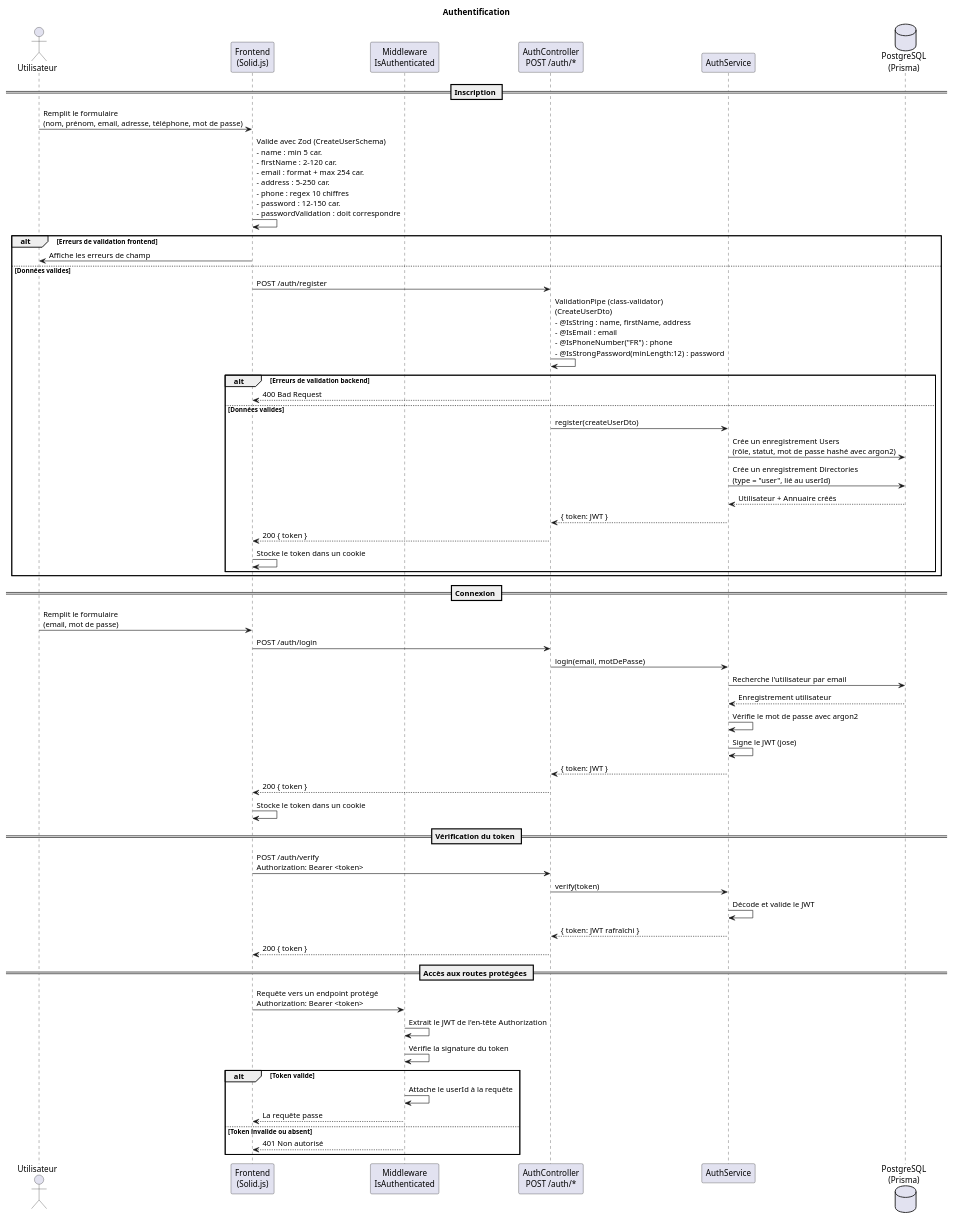
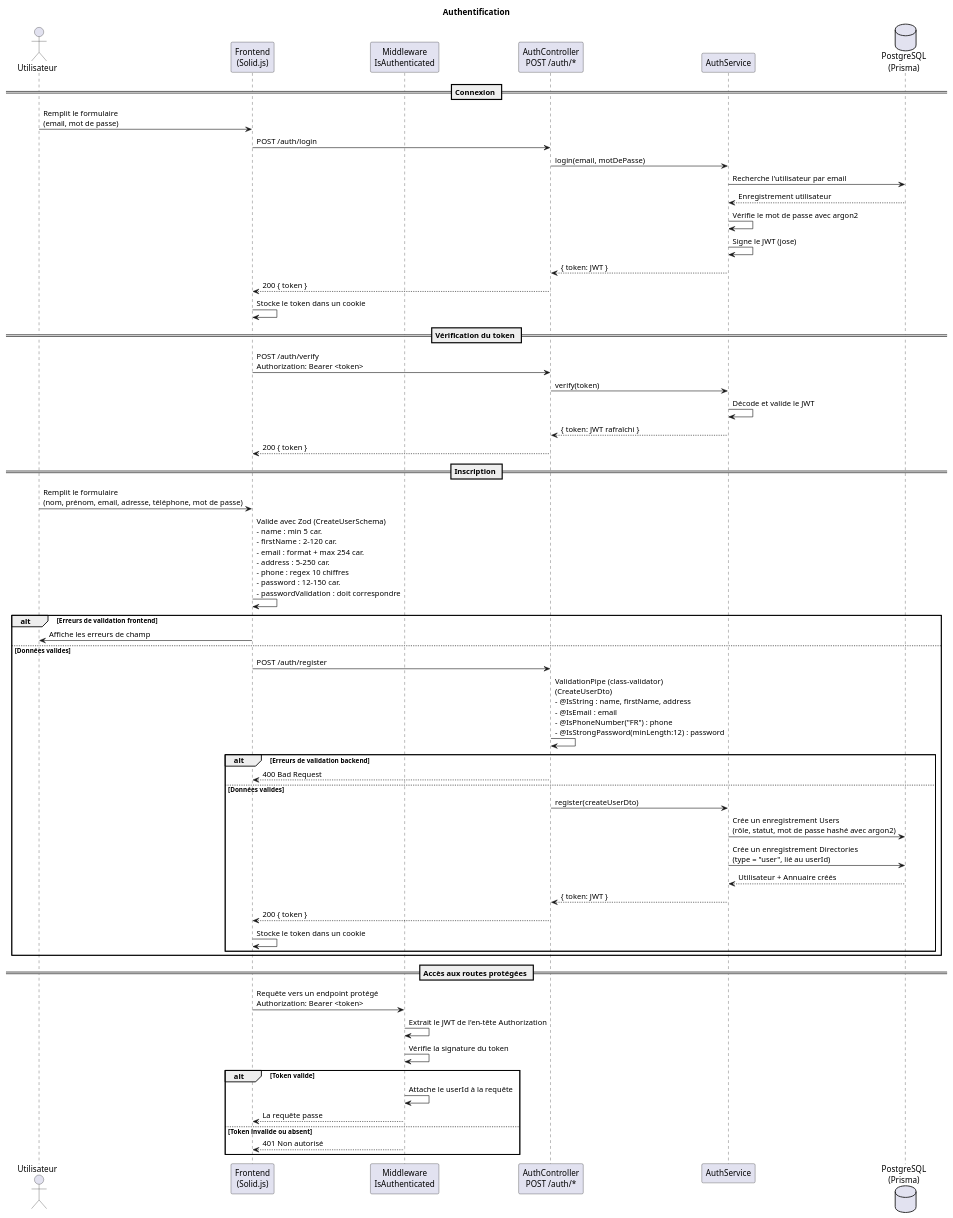
One commit to Quentindrms/proprieto changed the diagram in docs/diagram/sequence/authentification.puml. Above: the diagram before and after it, drawn with PlantUML. The commit also changed 8 other files, not shown here.

Commit message:
docs(diagrams): add JWT authentication flow to sequence diagrams

```diff
--- a/docs/diagram/sequence/authentification.puml
+++ b/docs/diagram/sequence/authentification.puml
@@ -1,63 +1,64 @@
 @startuml Authentification
+!pragma layout smetana
 
 title Authentification
 
 actor Utilisateur
 participant "Frontend\n(Solid.js)" as FE
 participant "Middleware\nIsAuthenticated" as MW
 participant "AuthController\nPOST /auth/*" as AC
 participant "AuthService" as AS
 database "PostgreSQL\n(Prisma)" as DB
+
+== Connexion ==
+Utilisateur -> FE: Remplit le formulaire\n(email, mot de passe)
+FE -> AC: POST /auth/login
+AC -> AS: login(email, motDePasse)
+AS -> DB: Recherche l'utilisateur par email
+DB --> AS: Enregistrement utilisateur
+AS -> AS: Vérifie le mot de passe avec argon2
+AS -> AS: Signe le JWT (jose)
+AS --> AC: { token: JWT }
+AC --> FE: 200 { token }
+FE -> FE: Stocke le token dans un cookie
+
+== Vérification du token ==
+FE -> AC: POST /auth/verify\nAuthorization: Bearer <token>
+AC -> AS: verify(token)
+AS -> AS: Décode et valide le JWT
+AS --> AC: { token: JWT rafraîchi }
+AC --> FE: 200 { token }
 
 == Inscription ==
 Utilisateur -> FE: Remplit le formulaire\n(nom, prénom, email, adresse, téléphone, mot de passe)
 FE -> FE: Valide avec Zod (CreateUserSchema)\n- name : min 5 car.\n- firstName : 2–120 car.\n- email : format + max 254 car.\n- address : 5–250 car.\n- phone : regex 10 chiffres\n- password : 12–150 car.\n- passwordValidation : doit correspondre
 alt Erreurs de validation frontend
     FE -> Utilisateur: Affiche les erreurs de champ
 else Données valides
     FE -> AC: POST /auth/register
     AC -> AC: ValidationPipe (class-validator)\n(CreateUserDto)\n- @IsString : name, firstName, address\n- @IsEmail : email\n- @IsPhoneNumber("FR") : phone\n- @IsStrongPassword(minLength:12) : password
     alt Erreurs de validation backend
         AC --> FE: 400 Bad Request
     else Données valides
         AC -> AS: register(createUserDto)
         AS -> DB: Crée un enregistrement Users\n(rôle, statut, mot de passe hashé avec argon2)
         AS -> DB: Crée un enregistrement Directories\n(type = "user", lié au userId)
         DB --> AS: Utilisateur + Annuaire créés
         AS --> AC: { token: JWT }
         AC --> FE: 200 { token }
         FE -> FE: Stocke le token dans un cookie
     end
 end
 
-== Connexion ==
-Utilisateur -> FE: Remplit le formulaire\n(email, mot de passe)
-FE -> AC: POST /auth/login
-AC -> AS: login(email, motDePasse)
-AS -> DB: Recherche l'utilisateur par email
-DB --> AS: Enregistrement utilisateur
-AS -> AS: Vérifie le mot de passe avec argon2
-AS -> AS: Signe le JWT (jose)
-AS --> AC: { token: JWT }
-AC --> FE: 200 { token }
-FE -> FE: Stocke le token dans un cookie
-
-== Vérification du token ==
-FE -> AC: POST /auth/verify\nAuthorization: Bearer <token>
-AC -> AS: verify(token)
-AS -> AS: Décode et valide le JWT
-AS --> AC: { token: JWT rafraîchi }
-AC --> FE: 200 { token }
-
 == Accès aux routes protégées ==
 FE -> MW: Requête vers un endpoint protégé\nAuthorization: Bearer <token>
 MW -> MW: Extrait le JWT de l'en-tête Authorization
 MW -> MW: Vérifie la signature du token
 alt Token valide
     MW -> MW: Attache le userId à la requête
     MW --> FE: La requête passe
 else Token invalide ou absent
     MW --> FE: 401 Non autorisé
 end
 
 @enduml
```
